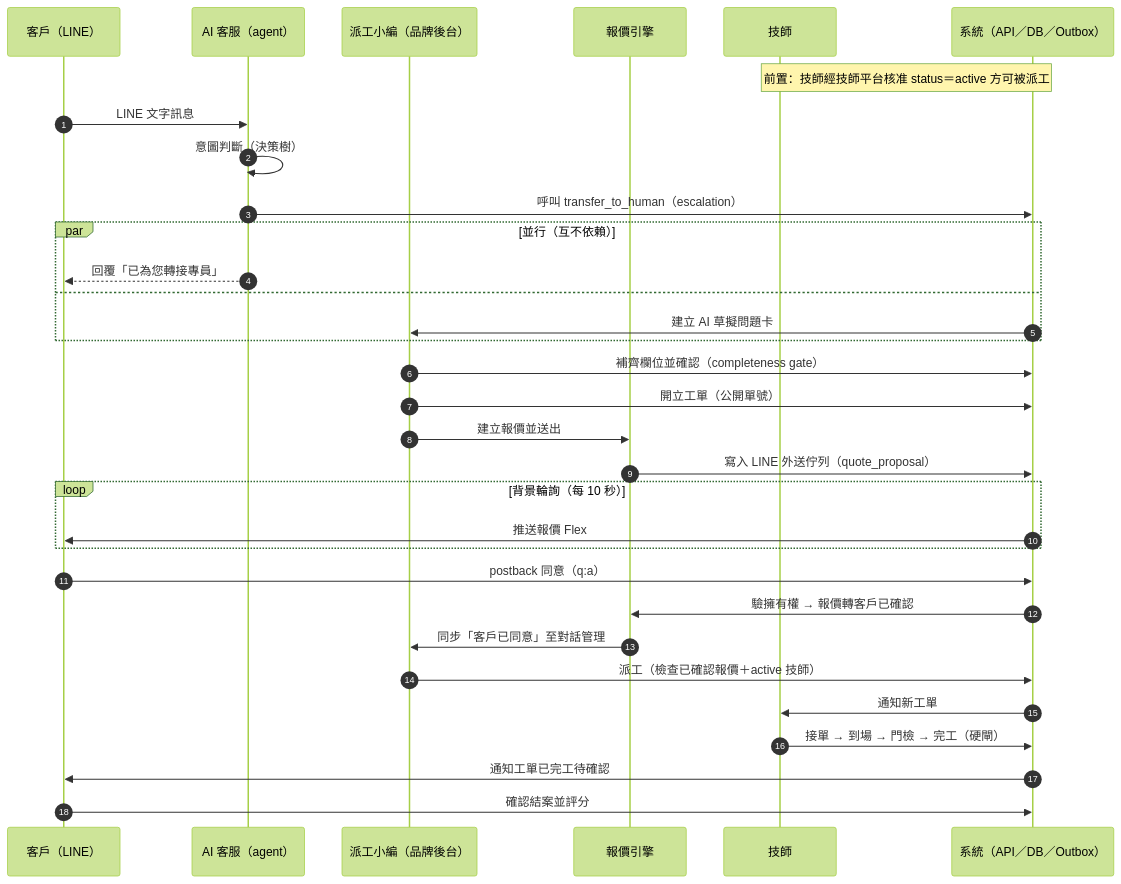
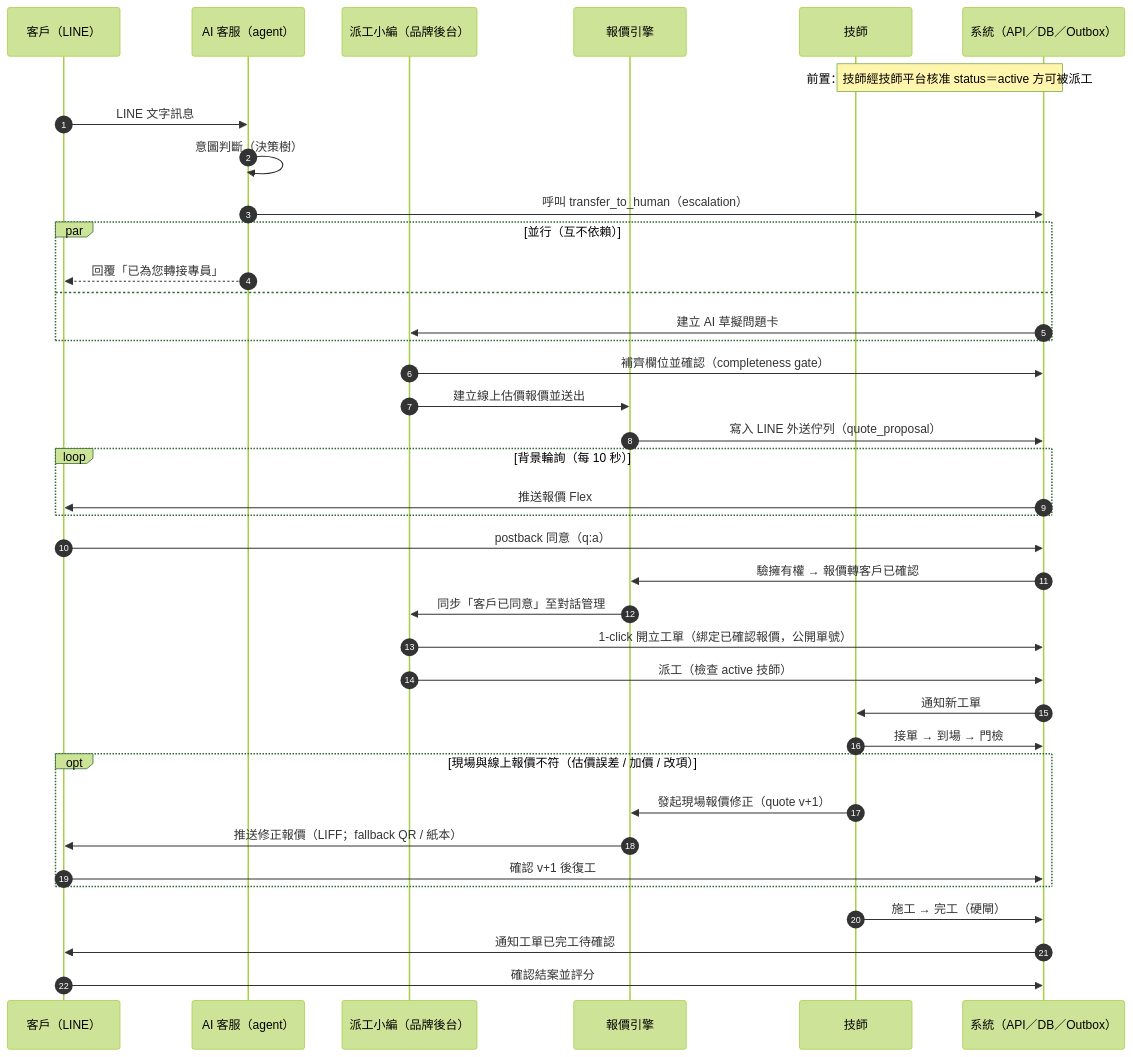
The diagram in smartlock-docs/enterprise/02_BRD.md (sunnyDataScience/Smart-Lock_AI_Support_Service_Dispatch_SaaS_Platform), drawn with Mermaid (forest theme) before and after one commit. The commit also changed other lines of this file and 7 other files, not shown here.

````diff
--- a/smartlock-docs/enterprise/02_BRD.md
+++ b/smartlock-docs/enterprise/02_BRD.md
@@ -163,34 +164,40 @@
 ```mermaid
 sequenceDiagram
     autonumber
     participant C as 客戶（LINE）
     participant AI as AI 客服（agent）
     participant CS as 派工小編（品牌後台）
     participant QE as 報價引擎
     participant T as 技師
     participant SYS as 系統（API／DB／Outbox）
     Note over T,SYS: 前置：技師經技師平台核准 status＝active 方可被派工
     C->>AI: LINE 文字訊息
     AI->>AI: 意圖判斷（決策樹）
     AI->>SYS: 呼叫 transfer_to_human（escalation）
     par 並行（互不依賴）
         AI-->>C: 回覆「已為您轉接專員」
     and
         SYS->>CS: 建立 AI 草擬問題卡
     end
     CS->>SYS: 補齊欄位並確認（completeness gate）
-    CS->>SYS: 開立工單（公開單號）
-    CS->>QE: 建立報價並送出
+    CS->>QE: 建立線上估價報價並送出
     QE->>SYS: 寫入 LINE 外送佇列（quote_proposal）
     loop 背景輪詢（每 10 秒）
         SYS->>C: 推送報價 Flex
     end
     C->>SYS: postback 同意（q:a）
     SYS->>QE: 驗擁有權 → 報價轉客戶已確認
     QE->>CS: 同步「客戶已同意」至對話管理
-    CS->>SYS: 派工（檢查已確認報價＋active 技師）
+    CS->>SYS: 1-click 開立工單（綁定已確認報價，公開單號）
+    CS->>SYS: 派工（檢查 active 技師）
     SYS->>T: 通知新工單
-    T->>SYS: 接單 → 到場 → 門檢 → 完工（硬閘）
+    T->>SYS: 接單 → 到場 → 門檢
+    opt 現場與線上報價不符（估價誤差 / 加價 / 改項）
+        T->>QE: 發起現場報價修正（quote v+1）
+        QE->>C: 推送修正報價（LIFF；fallback QR / 紙本）
+        C->>SYS: 確認 v+1 後復工
+    end
+    T->>SYS: 施工 → 完工（硬閘）
     SYS->>C: 通知工單已完工待確認
     C->>SYS: 確認結案並評分
 ```
````
